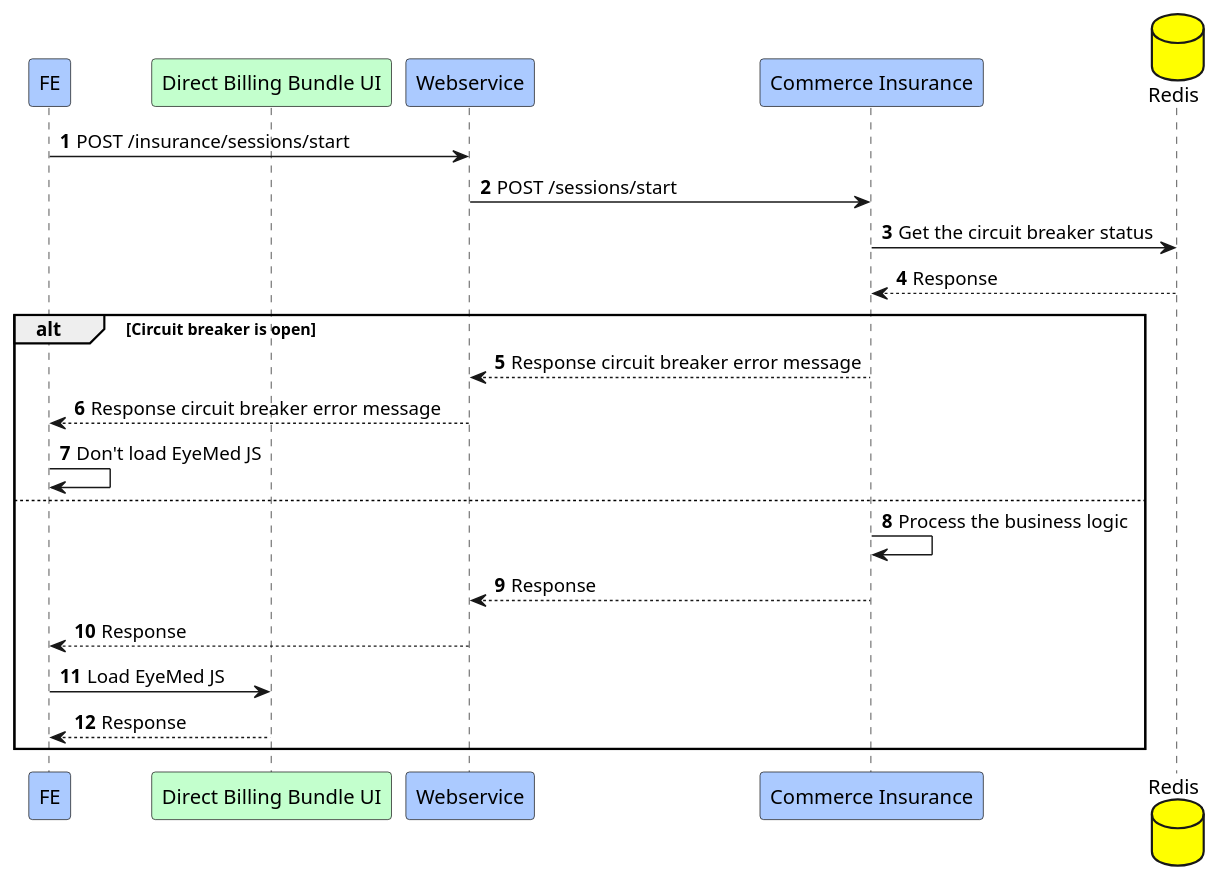
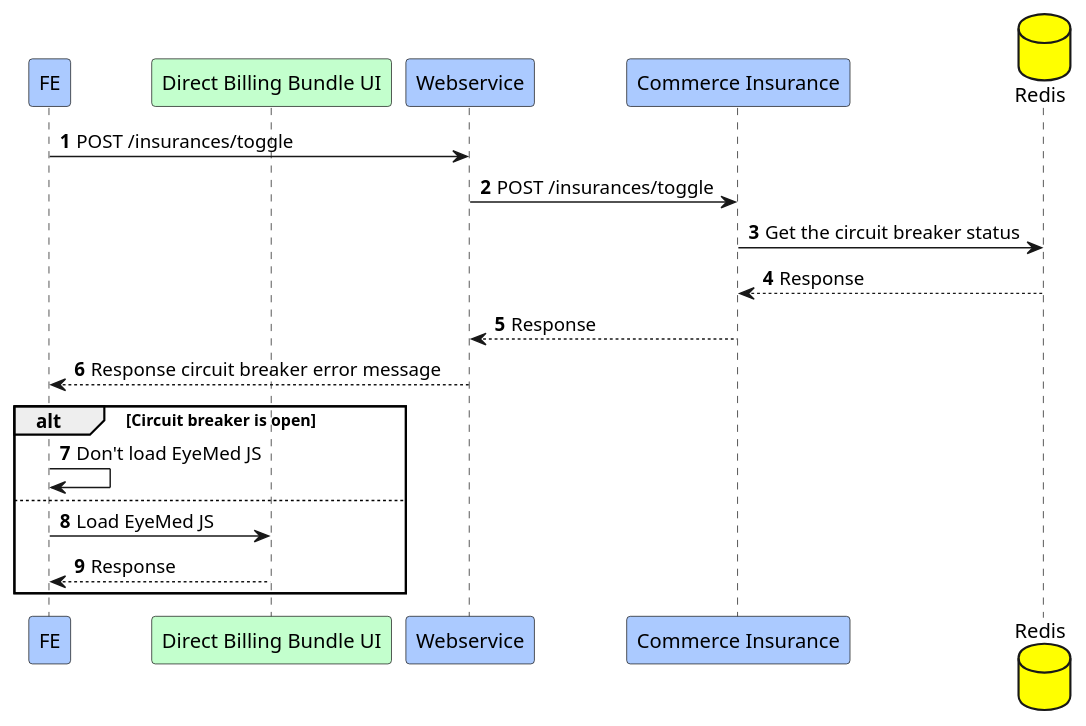
The diagram in Circuit breaker session start.puml (Jayounger/EyeMed-Sequence-Diagram), drawn with PlantUML before and after one commit. The commit also changed 13 other files, not shown here.

```diff
--- a/Circuit breaker session start.puml
+++ b/Circuit breaker session start.puml
@@ -1,27 +1,25 @@
 @startuml
 
 participant FE #abcaff
 participant "Direct Billing Bundle UI" #c3ffcd
 participant "Webservice" #abcaff
 participant "Commerce Insurance" #abcaff
 database "Redis" #yellow
 
 autonumber
-FE -> "Webservice":POST /insurance/sessions/start
-"Webservice" -> "Commerce Insurance":POST /sessions/start
+FE -> "Webservice":POST /insurances/toggle
+"Webservice" -> "Commerce Insurance":POST /insurances/toggle
 "Commerce Insurance" -> "Redis":Get the circuit breaker status
 "Redis" --> "Commerce Insurance":Response
+"Commerce Insurance" --> "Webservice":Response
+Webservice --> FE:Response circuit breaker error message
+
 alt Circuit breaker is open
-    "Commerce Insurance" --> "Webservice":Response circuit breaker error message
-    Webservice --> FE:Response circuit breaker error message
     FE -> FE:Don't load EyeMed JS
 else
-     "Commerce Insurance" -> "Commerce Insurance":Process the business logic
-     "Commerce Insurance" --> "Webservice":Response
-     Webservice --> FE:Response
      FE -> "Direct Billing Bundle UI":Load EyeMed JS
      "Direct Billing Bundle UI" --> FE:Response
 end
 
 
 @enduml
```
